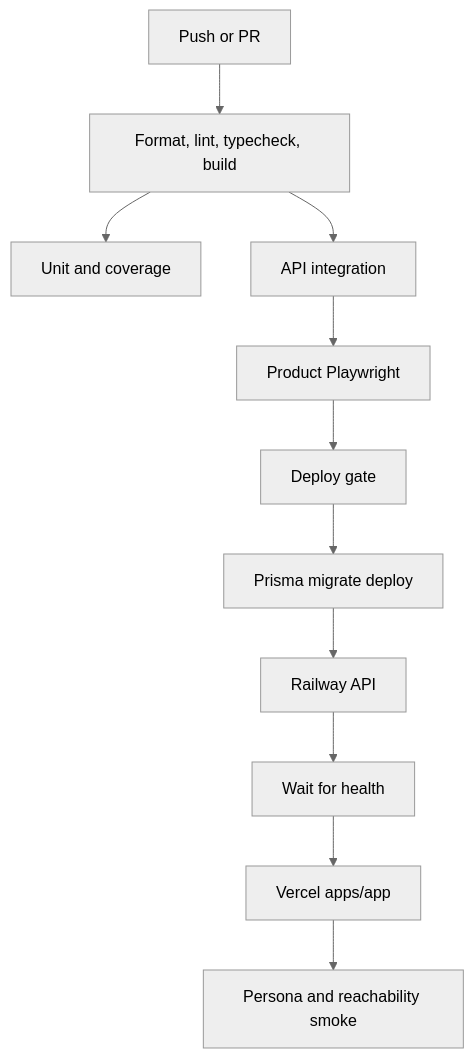
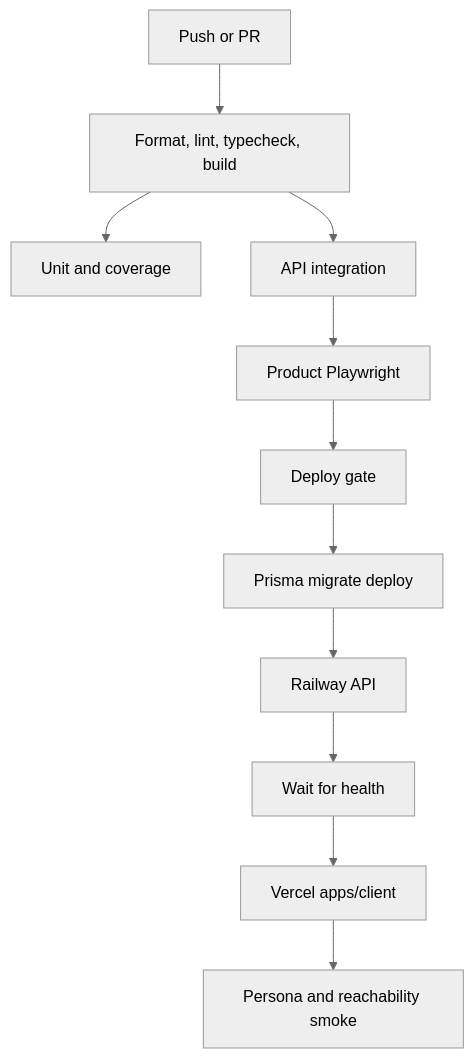
The diagram in docs/architecture/ci-cd-pipeline.md (SCITAIGROUP1/ChronoMint), drawn with Mermaid (neutral theme) before and after one commit. The commit also changed other lines of this file and 602 other files, not shown here.

First line of the commit message:
chore: rename customer product from apps/app to apps/client

````diff
--- a/docs/architecture/ci-cd-pipeline.md
+++ b/docs/architecture/ci-cd-pipeline.md
@@ -5,13 +5,13 @@
 ```mermaid
 flowchart TD
   push[Push or PR] --> quality[Format, lint, typecheck, build]
   quality --> unit[Unit and coverage]
   quality --> integration[API integration]
   integration --> e2e[Product Playwright]
   e2e --> gate[Deploy gate]
   gate --> migrate[Prisma migrate deploy]
   migrate --> api[Railway API]
   api --> health[Wait for health]
-  health --> app[Vercel apps/app]
+  health --> app[Vercel apps/client]
   app --> smoke[Persona and reachability smoke]
 ```
````
